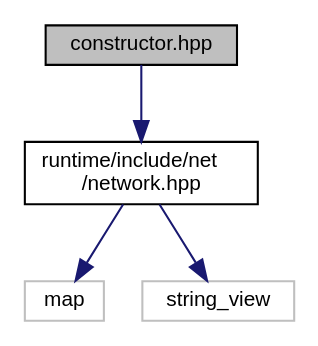
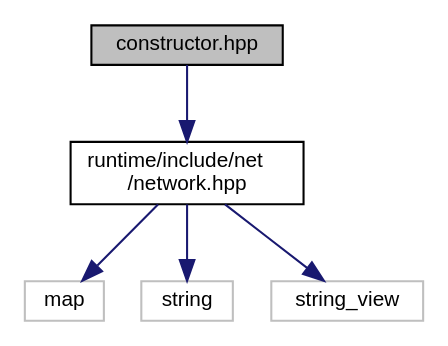
Before and after one commit to edgjj/cpp_vk_lib: the diagram in docs/constructor_8hpp__incl.dot, drawn with Graphviz. The commit also changed 1374 other files, not shown here.

```diff
--- a/docs/constructor_8hpp__incl.dot
+++ b/docs/constructor_8hpp__incl.dot
@@ -1,13 +1,15 @@
 digraph "constructor.hpp"
 {
  // LATEX_PDF_SIZE
   edge [fontname="Helvetica",fontsize="10",labelfontname="Helvetica",labelfontsize="10"];
   node [fontname="Helvetica",fontsize="10",shape=record];
   Node1 [label="constructor.hpp",height=0.2,width=0.4,color="black", fillcolor="grey75", style="filled", fontcolor="black",tooltip=" "];
   Node1 -> Node2 [color="midnightblue",fontsize="10",style="solid",fontname="Helvetica"];
   Node2 [label="runtime/include/net\l/network.hpp",height=0.2,width=0.4,color="black", fillcolor="white", style="filled",URL="$network_8hpp.html",tooltip=" "];
   Node2 -> Node3 [color="midnightblue",fontsize="10",style="solid",fontname="Helvetica"];
   Node3 [label="map",height=0.2,width=0.4,color="grey75", fillcolor="white", style="filled",tooltip=" "];
   Node2 -> Node4 [color="midnightblue",fontsize="10",style="solid",fontname="Helvetica"];
-  Node4 [label="string_view",height=0.2,width=0.4,color="grey75", fillcolor="white", style="filled",tooltip=" "];
+  Node4 [label="string",height=0.2,width=0.4,color="grey75", fillcolor="white", style="filled",tooltip=" "];
+  Node2 -> Node5 [color="midnightblue",fontsize="10",style="solid",fontname="Helvetica"];
+  Node5 [label="string_view",height=0.2,width=0.4,color="grey75", fillcolor="white", style="filled",tooltip=" "];
 }
```
